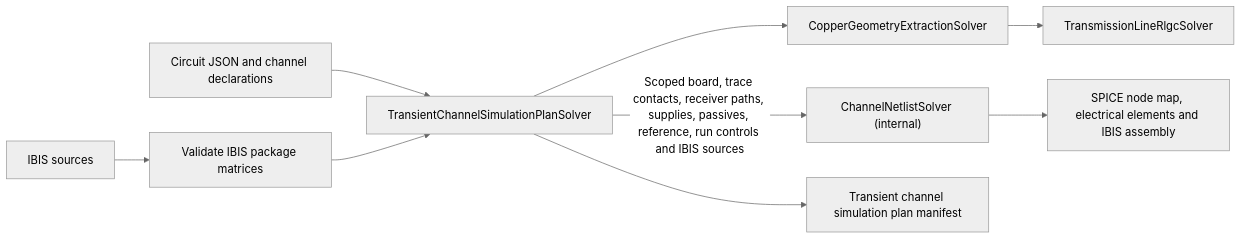
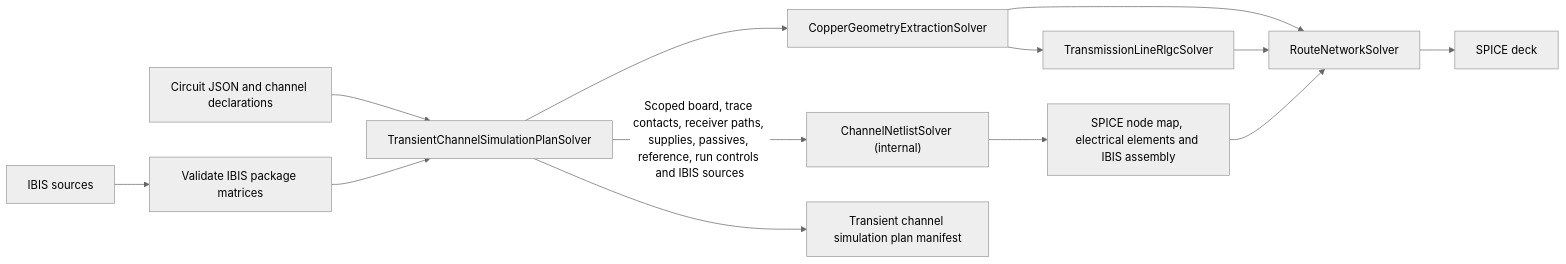
The first of 4 diagrams in README.md (tscircuit/signal-integrity-pipeline), drawn with Mermaid (neutral theme) before and after one commit. The commit also changed other lines of this file and 14 other files, not shown here.

First line of the commit message:
Wire the route network to the channel netlist

````diff
--- a/README.md
+++ b/README.md
@@ -30,11 +31,15 @@
 ```mermaid
 flowchart LR
   board["Circuit JSON and channel declarations"] --> plan["TransientChannelSimulationPlanSolver"]
   ibis["IBIS sources"] --> packages["Validate IBIS package matrices"]
   packages --> plan
   plan --> geometry["CopperGeometryExtractionSolver"]
   geometry --> transmissionLineRlgc["TransmissionLineRlgcSolver"]
   plan -->|Scoped board, trace contacts, receiver paths, supplies, passives, reference, run controls and IBIS sources| netlist["ChannelNetlistSolver (internal)"]
   netlist --> netlistOutput["SPICE node map, electrical elements and IBIS assembly"]
+  geometry --> network["RouteNetworkSolver"]
+  transmissionLineRlgc --> network
+  netlistOutput --> network
+  network --> deck["SPICE deck"]
   plan --> manifest["Transient channel simulation plan manifest"]
 ```
````
